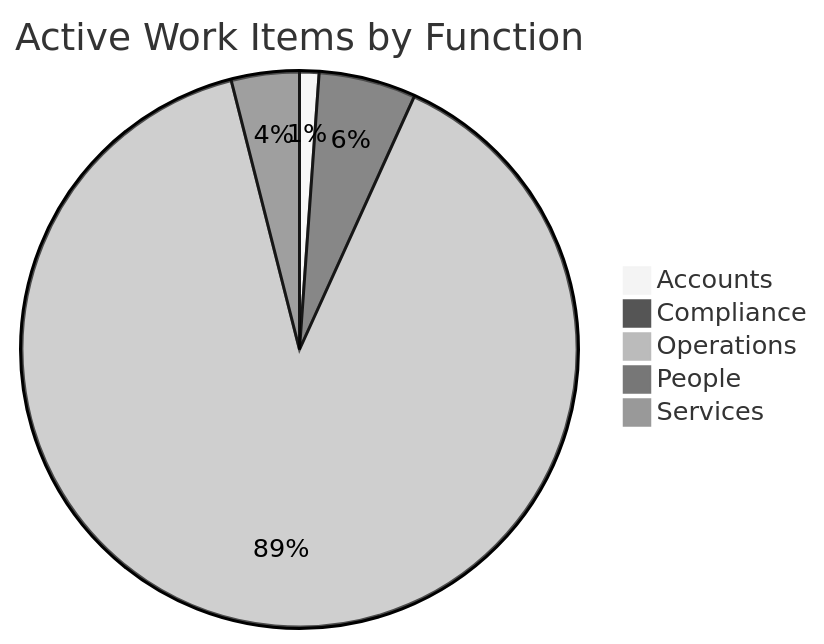
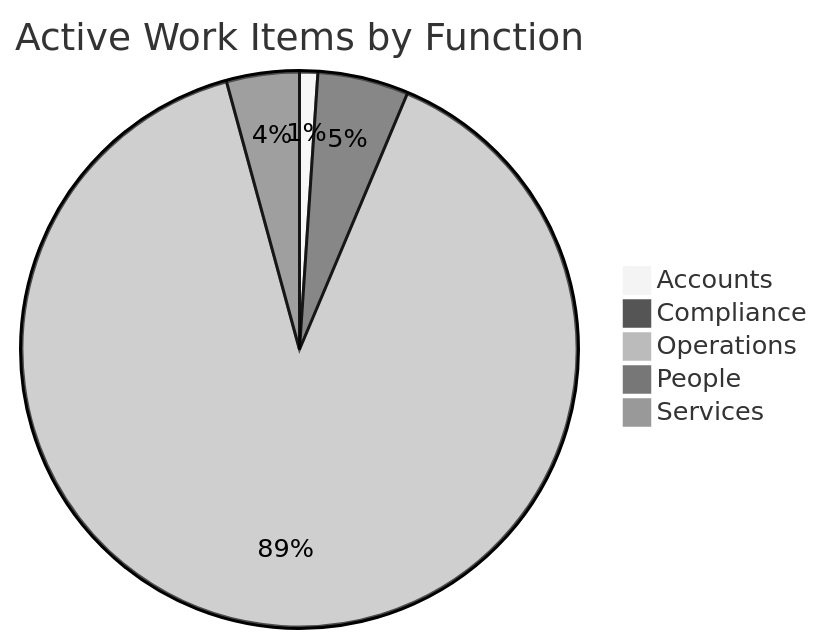
One commit to mgosal/5et.uk changed the first of 3 diagrams in dashboard.md. Above: the diagram before and after it, drawn with Mermaid (neutral theme). The commit also changed other lines of this file and 3 other files, not shown here.

````diff
--- a/dashboard.md
+++ b/dashboard.md
@@ -356,8 +237,8 @@
 ```mermaid
 pie title Active Work Items by Function
     "Accounts" : 2
     "Compliance" : 10
-    "Operations" : 158
-    "People" : 7
+    "Operations" : 169
+    "People" : 8
     "Services" : 1
 ```
````
